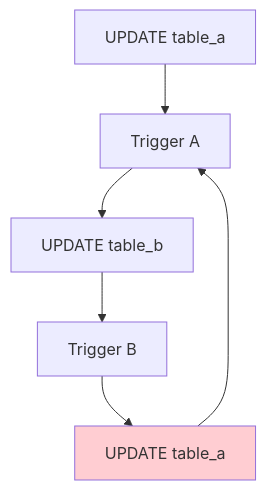
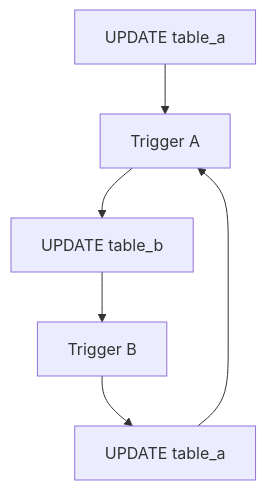
The fourth of 6 diagrams in docs/presentations/presentation-10.md (olroi421/course-bd), drawn with Mermaid before and after one commit. The commit also changed other lines of this file, not shown here.

````diff
--- a/docs/presentations/presentation-10.md
+++ b/docs/presentations/presentation-10.md
@@ -487,10 +482,8 @@
 ```mermaid
 graph TD
     A[UPDATE table_a] --> B[Trigger A]
     B --> C[UPDATE table_b]
     C --> D[Trigger B]
     D --> E[UPDATE table_a]
     E --> B
-
-    style E fill:#ffcdd2
 ```
````
